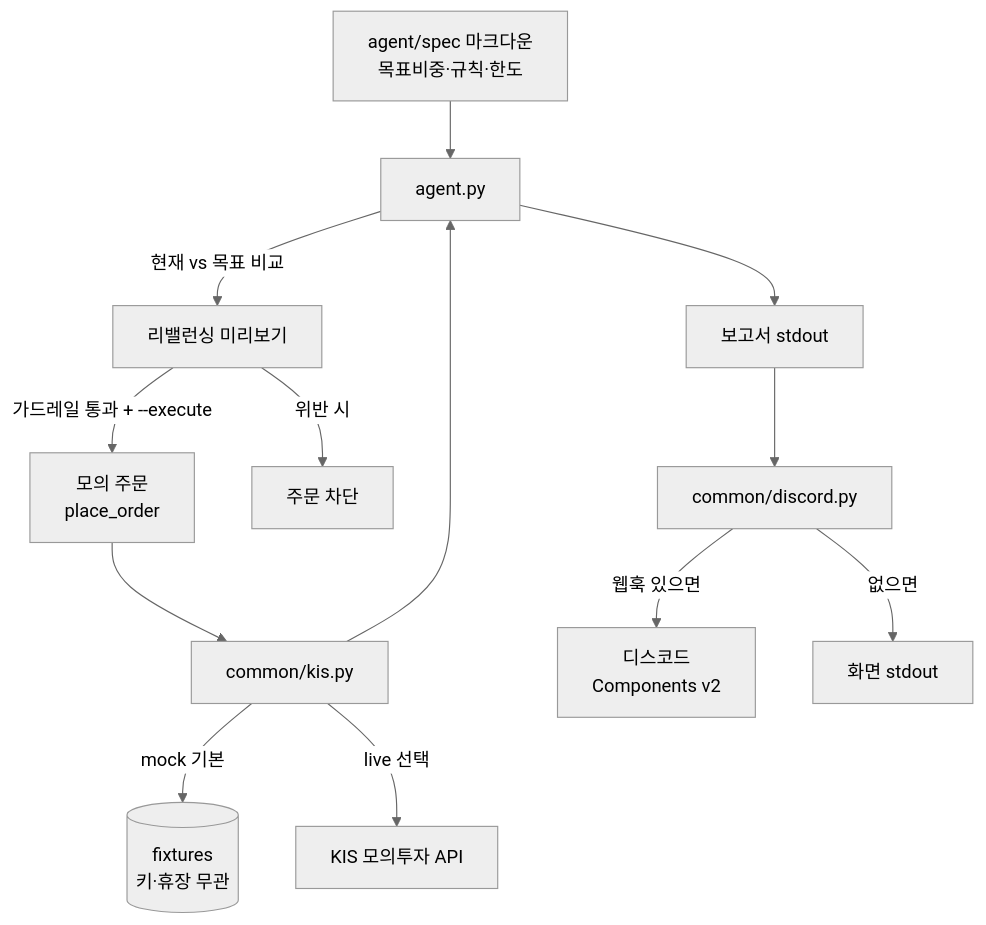
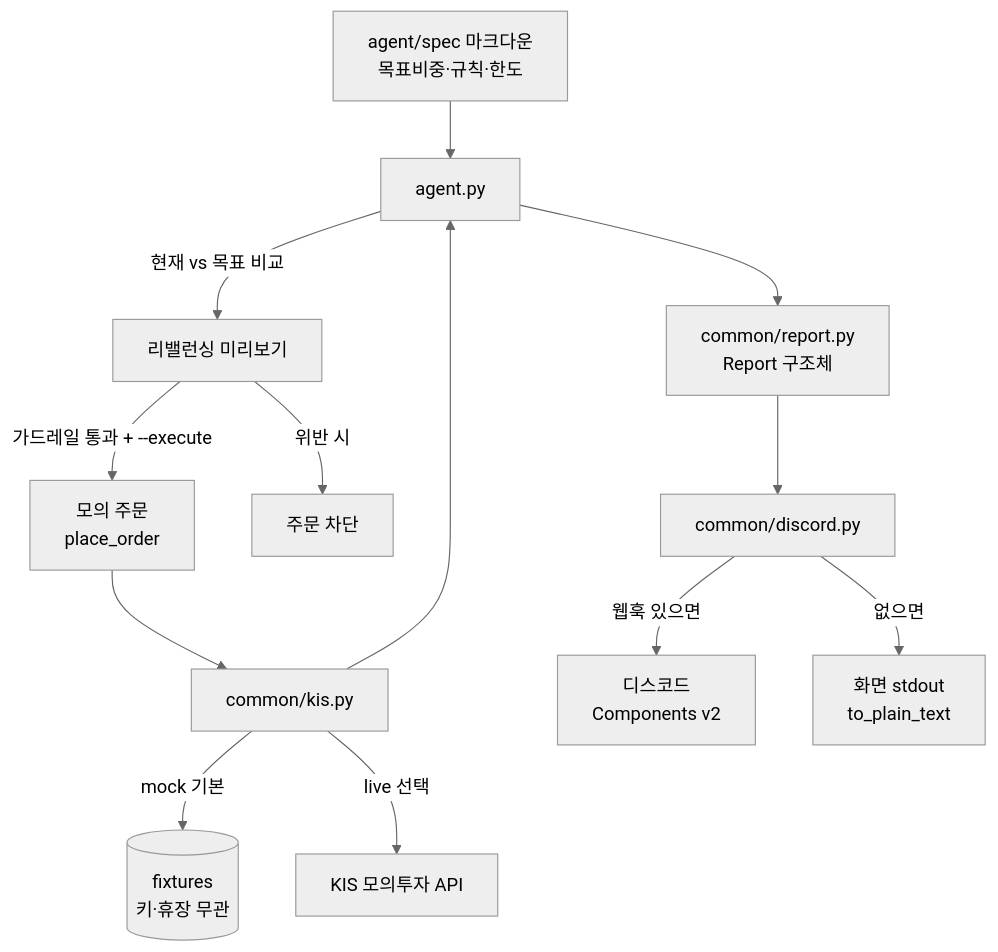
One commit to JungHoonGhae/thecamp-aitrading changed the second of 3 diagrams in lessons/참고/아키텍처.md. Above: the diagram before and after it, drawn with Mermaid (neutral theme). The commit also changed other lines of this file, not shown here.

Commit message:
docs: 아키텍처 다이어그램에 Report seam 반영
agent.py가 이제 문자열이 아니라 common/report.py의 Report 구조체를
discord.py에 넘긴다는 걸 데이터 흐름 다이어그램에 반영.

Claude-Session: https://claude.ai/code/session_01WZM9i3vvqHLiEjXrY7kPPn

````diff
--- a/lessons/참고/아키텍처.md
+++ b/lessons/참고/아키텍처.md
@@ -17,15 +17,15 @@
 ```mermaid
 flowchart TD
     S[agent/spec 마크다운<br/>목표비중·규칙·한도] --> AG[agent.py]
     K[common/kis.py] --> AG
     K -->|mock 기본| FX[(fixtures<br/>키·휴장 무관)]
     K -->|live 선택| API[KIS 모의투자 API]
     AG -->|현재 vs 목표 비교| PV[리밸런싱 미리보기]
     PV -->|가드레일 통과 + --execute| ORD[모의 주문<br/>place_order]
     PV -->|위반 시| BLK[주문 차단]
     ORD --> K
-    AG --> R[보고서 stdout]
-    R --> DC[common/discord.py]
+    AG --> REP[common/report.py<br/>Report 구조체]
+    REP --> DC[common/discord.py]
     DC -->|웹훅 있으면| DISCORD[디스코드<br/>Components v2]
-    DC -->|없으면| SCR[화면 stdout]
+    DC -->|없으면| SCR[화면 stdout<br/>to_plain_text]
 ```
````
